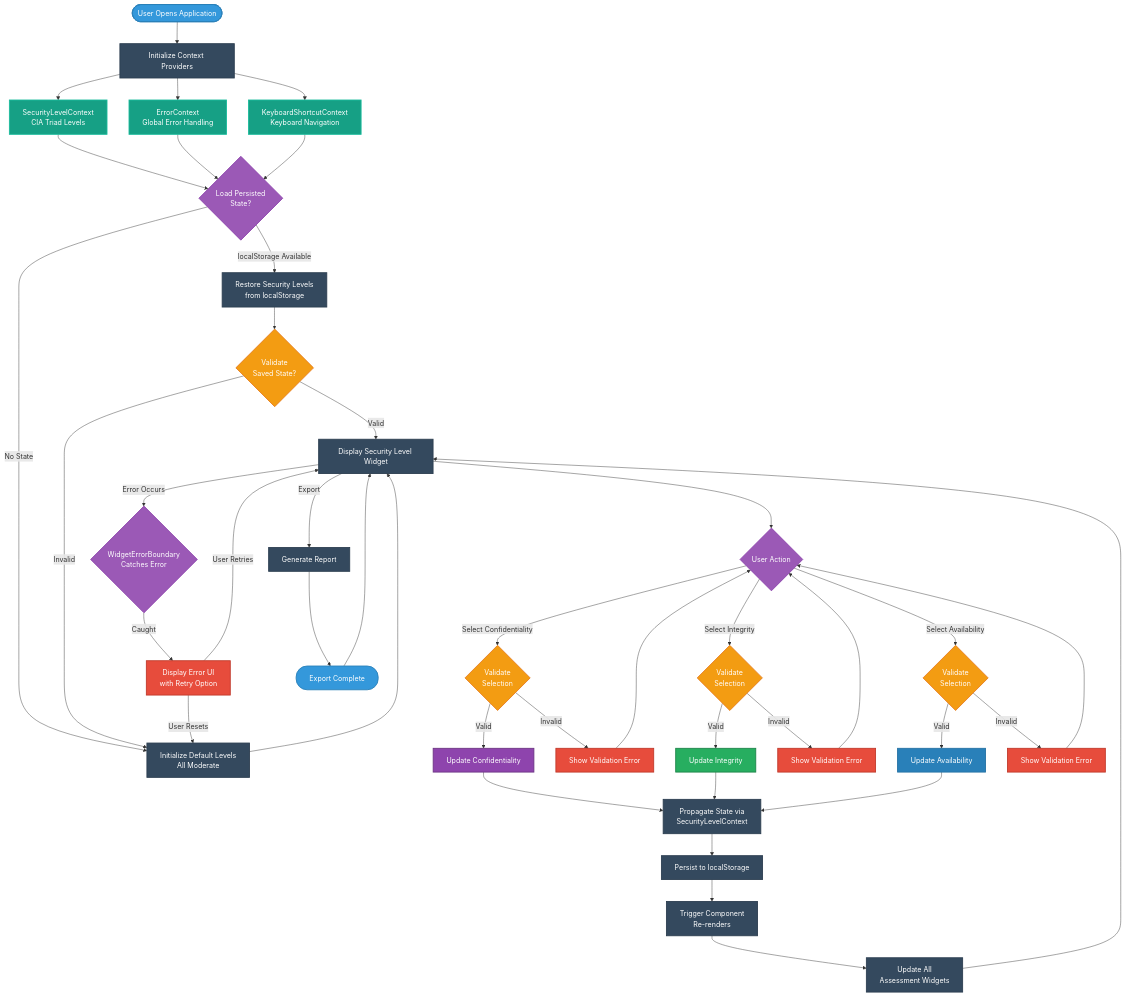
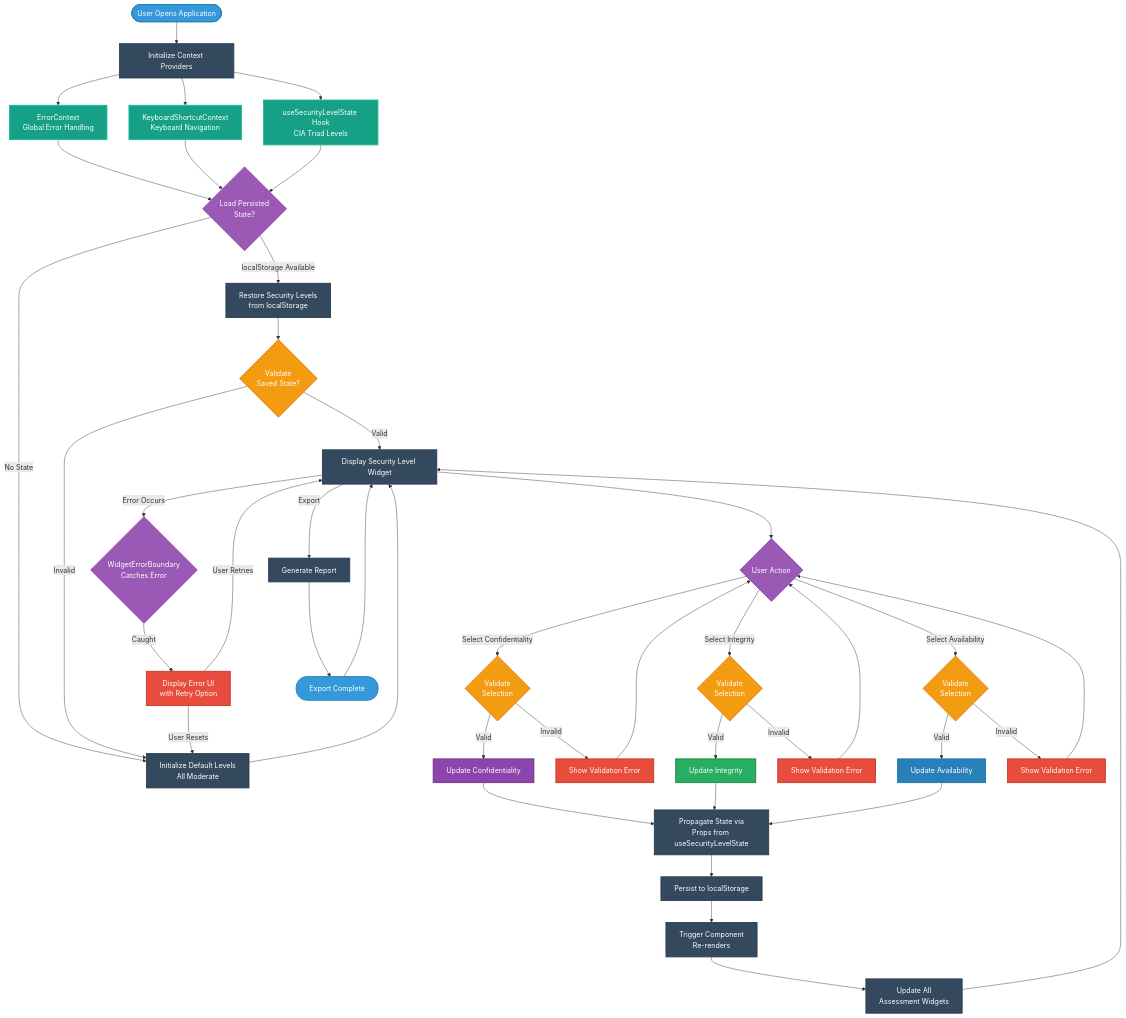
One commit to Hack23/cia-compliance-manager changed the first of 13 diagrams in docs/architecture/FLOWCHART.md. Above: the diagram before and after it, drawn with Mermaid. The commit also changed other lines of this file and 8 other files, not shown here.

Commit message:
fix: address PR review comments - remove non-existent SecurityLevelContext, fix dates, widget counts, and source map posture

````diff
--- a/docs/architecture/FLOWCHART.md
+++ b/docs/architecture/FLOWCHART.md
@@ -55,78 +55,78 @@
 ```mermaid
 flowchart TD
     Start([User Opens Application]) --> InitContexts[Initialize Context Providers]
     
-    InitContexts --> SecurityCtx[SecurityLevelContext<br>CIA Triad Levels]
     InitContexts --> ErrorCtx[ErrorContext<br>Global Error Handling]
     InitContexts --> KeyboardCtx[KeyboardShortcutContext<br>Keyboard Navigation]
+    InitContexts --> SecurityState[useSecurityLevelState Hook<br>CIA Triad Levels]
     
-    SecurityCtx --> LoadState{Load Persisted<br>State?}
-    ErrorCtx --> LoadState
+    ErrorCtx --> LoadState{Load Persisted<br>State?}
     KeyboardCtx --> LoadState
+    SecurityState --> LoadState
     
     LoadState -->|localStorage Available| RestoreState[Restore Security Levels<br>from localStorage]
     LoadState -->|No State| InitDefaults[Initialize Default Levels<br>All Moderate]
     
     RestoreState --> ValidateSaved{Validate<br>Saved State?}
     ValidateSaved -->|Valid| DisplayWidget[Display Security Level Widget]
     ValidateSaved -->|Invalid| InitDefaults
     InitDefaults --> DisplayWidget
     
     DisplayWidget --> UserInteract{User Action}
     
     UserInteract -->|Select Confidentiality| ValidateC{Validate<br>Selection}
     UserInteract -->|Select Integrity| ValidateI{Validate<br>Selection}
     UserInteract -->|Select Availability| ValidateA{Validate<br>Selection}
     
     ValidateC -->|Valid| UpdateC[Update Confidentiality]
     ValidateC -->|Invalid| ShowErrorC[Show Validation Error]
     ShowErrorC --> UserInteract
     
     ValidateI -->|Valid| UpdateI[Update Integrity]
     ValidateI -->|Invalid| ShowErrorI[Show Validation Error]
     ShowErrorI --> UserInteract
     
     ValidateA -->|Valid| UpdateA[Update Availability]
     ValidateA -->|Invalid| ShowErrorA[Show Validation Error]
     ShowErrorA --> UserInteract
     
-    UpdateC --> PropagateState[Propagate State via<br>SecurityLevelContext]
+    UpdateC --> PropagateState[Propagate State via<br>Props from useSecurityLevelState]
     UpdateI --> PropagateState
     UpdateA --> PropagateState
     
     PropagateState --> PersistState[Persist to localStorage]
     PersistState --> TriggerRerender[Trigger Component<br>Re-renders]
     TriggerRerender --> UpdateWidgets[Update All<br>Assessment Widgets]
     UpdateWidgets --> DisplayWidget
     
     DisplayWidget -->|Export| GenerateExport[Generate Report]
     GenerateExport --> ExportComplete[Export Complete]
     ExportComplete --> DisplayWidget
     
     DisplayWidget -->|Error Occurs| ErrorBoundary{WidgetErrorBoundary<br>Catches Error}
     ErrorBoundary -->|Caught| ShowErrorUI[Display Error UI<br>with Retry Option]
     ShowErrorUI -->|User Retries| DisplayWidget
     ShowErrorUI -->|User Resets| InitDefaults
     
     %% Apply styles using class definitions
     classDef startend fill:#3498db,stroke:#2980b9,stroke-width:2px,color:white,rx:25
     classDef process fill:#34495e,stroke:#2c3e50,stroke-width:2px,color:white
     classDef decision fill:#9b59b6,stroke:#8e44ad,stroke-width:2px,color:white
     classDef validation fill:#f39c12,stroke:#e67e22,stroke-width:2px,color:white
     classDef error fill:#e74c3c,stroke:#c0392b,stroke-width:2px,color:white
     classDef success fill:#27ae60,stroke:#1e8449,stroke-width:2px,color:white
     classDef confidentiality fill:#8e44ad,stroke:#6c3483,stroke-width:2px,color:white
     classDef integrity fill:#27ae60,stroke:#1e8449,stroke-width:2px,color:white
     classDef availability fill:#2980b9,stroke:#2471a3,stroke-width:2px,color:white
     classDef context fill:#16a085,stroke:#1abc9c,stroke-width:2px,color:white
     
     class Start,ExportComplete startend
     class DisplayWidget,RestoreState,InitDefaults,PropagateState,PersistState,TriggerRerender,UpdateWidgets,GenerateExport,InitContexts process
     class LoadState,UserInteract,ErrorBoundary decision
     class ValidateC,ValidateI,ValidateA,ValidateSaved validation
     class ShowErrorC,ShowErrorI,ShowErrorA,ShowErrorUI error
     class UpdateC confidentiality
     class UpdateI integrity
     class UpdateA availability
-    class SecurityCtx,ErrorCtx,KeyboardCtx context
+    class SecurityState,ErrorCtx,KeyboardCtx context
 ```
````
